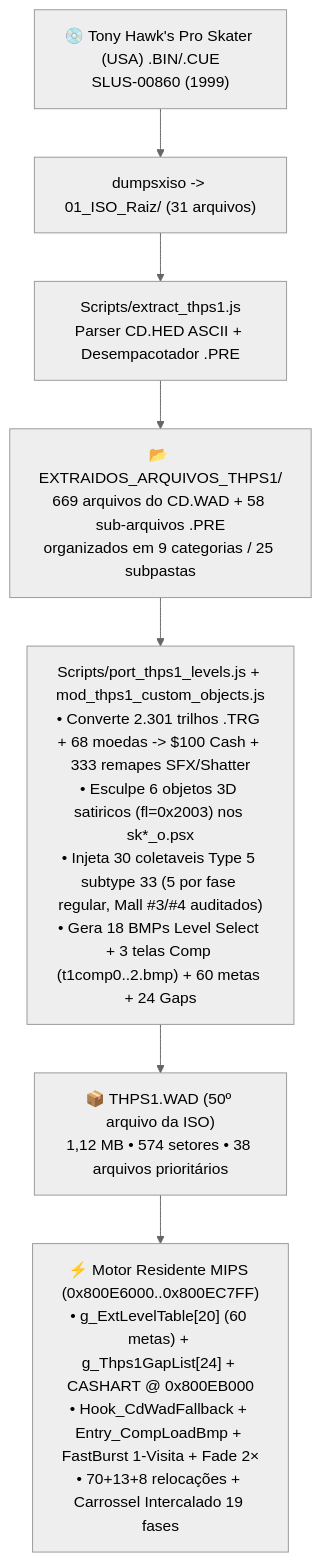
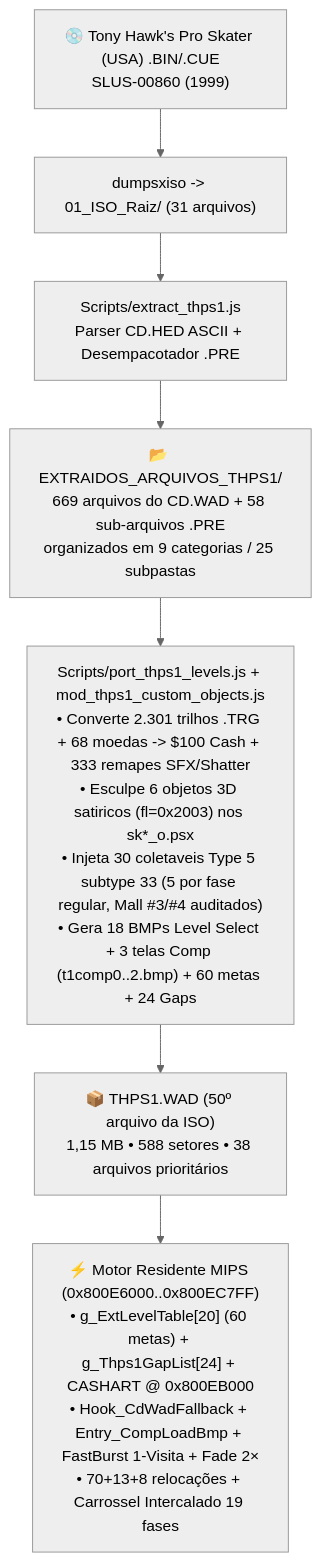
Before and after one commit to WagnerxOliveira/Tony_Hawk-s_Pro_Skater_2_Mod_PSX: the diagram in Docs/MAPA_14_THPS1_ARQUIVOS_E_ENGENHARIA_REVERSA.md, drawn with Mermaid (neutral theme). The commit also changed other lines of this file and 7 other files, not shown here.

````diff
--- a/Docs/MAPA_14_THPS1_ARQUIVOS_E_ENGENHARIA_REVERSA.md
+++ b/Docs/MAPA_14_THPS1_ARQUIVOS_E_ENGENHARIA_REVERSA.md
@@ -24,9 +24,9 @@
 ```mermaid
 flowchart TB
     ISO["💿 Tony Hawk's Pro Skater (USA) .BIN/.CUE<br/>SLUS-00860 (1999)"] --> DUMP["dumpsxiso -> 01_ISO_Raiz/ (31 arquivos)"]
     DUMP --> EXT["Scripts/extract_thps1.js<br/>Parser CD.HED ASCII + Desempacotador .PRE"]
     EXT --> TREE["📂 EXTRAIDOS_ARQUIVOS_THPS1/<br/>669 arquivos do CD.WAD + 58 sub-arquivos .PRE<br/>organizados em 9 categorias / 25 subpastas"]
     TREE --> PORT["Scripts/port_thps1_levels.js + mod_thps1_custom_objects.js<br/>• Converte 2.301 trilhos .TRG + 68 moedas -> $100 Cash + 333 remapes SFX/Shatter<br/>• Esculpe 6 objetos 3D satiricos (fl=0x2003) nos sk*_o.psx<br/>• Injeta 30 coletaveis Type 5 subtype 33 (5 por fase regular, Mall #3/#4 auditados)<br/>• Gera 18 BMPs Level Select + 3 telas Comp (t1comp0..2.bmp) + 60 metas + 24 Gaps"]
-    PORT --> WAD["📦 THPS1.WAD (50º arquivo da ISO)<br/>1,12 MB • 574 setores • 38 arquivos prioritários"]
+    PORT --> WAD["📦 THPS1.WAD (50º arquivo da ISO)<br/>1,15 MB • 588 setores • 38 arquivos prioritários"]
     WAD --> ENG["⚡ Motor Residente MIPS (0x800E6000..0x800EC7FF)<br/>• g_ExtLevelTable[20] (60 metas) + g_Thps1GapList[24] + CASHART @ 0x800EB000<br/>• Hook_CdWadFallback + Entry_CompLoadBmp + FastBurst 1-Visita + Fade 2×<br/>• 70+13+8 relocações + Carrossel Intercalado 19 fases"]
 ```
````
